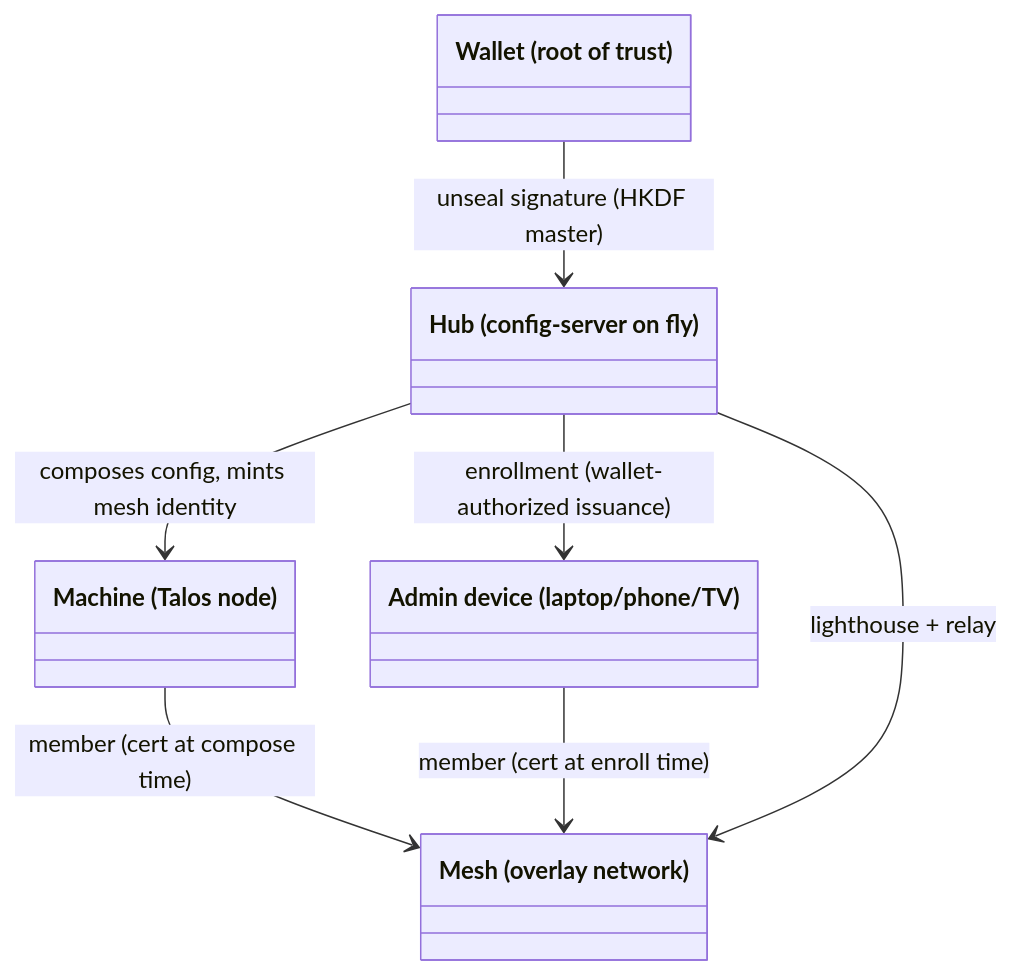
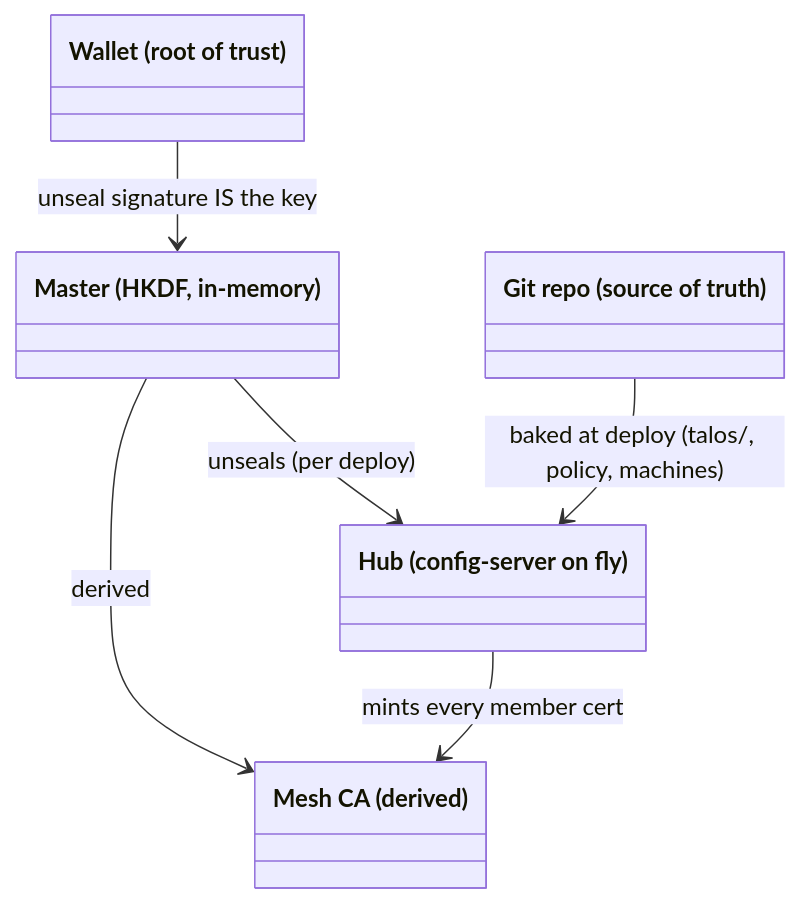
The first of 3 diagrams in docs/desired-state/domain-model.md (marnyg/talos-config), drawn with Mermaid before and after one commit. The commit also changed other lines of this file, not shown here.

Commit message:
docs: domain model rewrite — one member concept, two identity lifecycles, three runners, policy as payload

````diff
--- a/docs/desired-state/domain-model.md
+++ b/docs/desired-state/domain-model.md
@@ -7,14 +12,13 @@
 ```mermaid
 classDiagram
     class Wallet["Wallet (root of trust)"]
+    class Master["Master (HKDF, in-memory)"]
     class Hub["Hub (config-server on fly)"]
-    class Machine["Machine (Talos node)"]
-    class AdminDevice["Admin device (laptop/phone/TV)"]
-    class Mesh["Mesh (overlay network)"]
-    Wallet --> Hub : unseal signature (HKDF master)
-    Hub --> Machine : composes config, mints mesh identity
-    Hub --> AdminDevice : enrollment (wallet-authorized issuance)
-    Machine --> Mesh : member (cert at compose time)
-    AdminDevice --> Mesh : member (cert at enroll time)
-    Hub --> Mesh : lighthouse + relay
+    class CA["Mesh CA (derived)"]
+    class Git["Git repo (source of truth)"]
+    Wallet --> Master : unseal signature IS the key
+    Master --> CA : derived
+    Master --> Hub : unseals (per deploy)
+    Git --> Hub : baked at deploy (talos/, policy, machines)
+    Hub --> CA : mints every member cert
 ```
````
